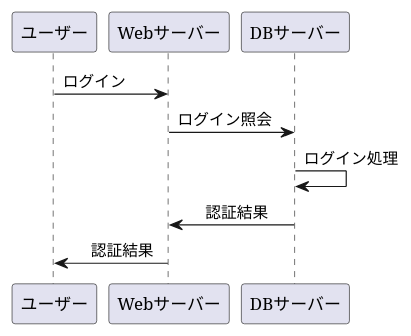
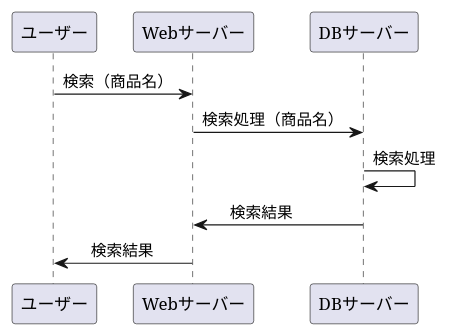
The diagram in sampleGH.md (Aso2101121/2021sys-design), drawn with PlantUML before and after one commit.

````diff
--- a/sampleGH.md
+++ b/sampleGH.md
@@ -1,9 +1,9 @@
 ```uml
 @startuml
-ユーザー -> Webサーバー : ログイン
-Webサーバー -> DBサーバー : ログイン照会
-DBサーバー -> DBサーバー : ログイン処理
-DBサーバー -> Webサーバー :　認証結果
-Webサーバー -> ユーザー :　認証結果
+ユーザー -> Webサーバー : 検索（商品名）
+Webサーバー -> DBサーバー : 検索処理（商品名）
+DBサーバー -> DBサーバー : 検索処理
+DBサーバー -> Webサーバー :　検索結果
+Webサーバー -> ユーザー :　検索結果
 @enduml
 ```
````
